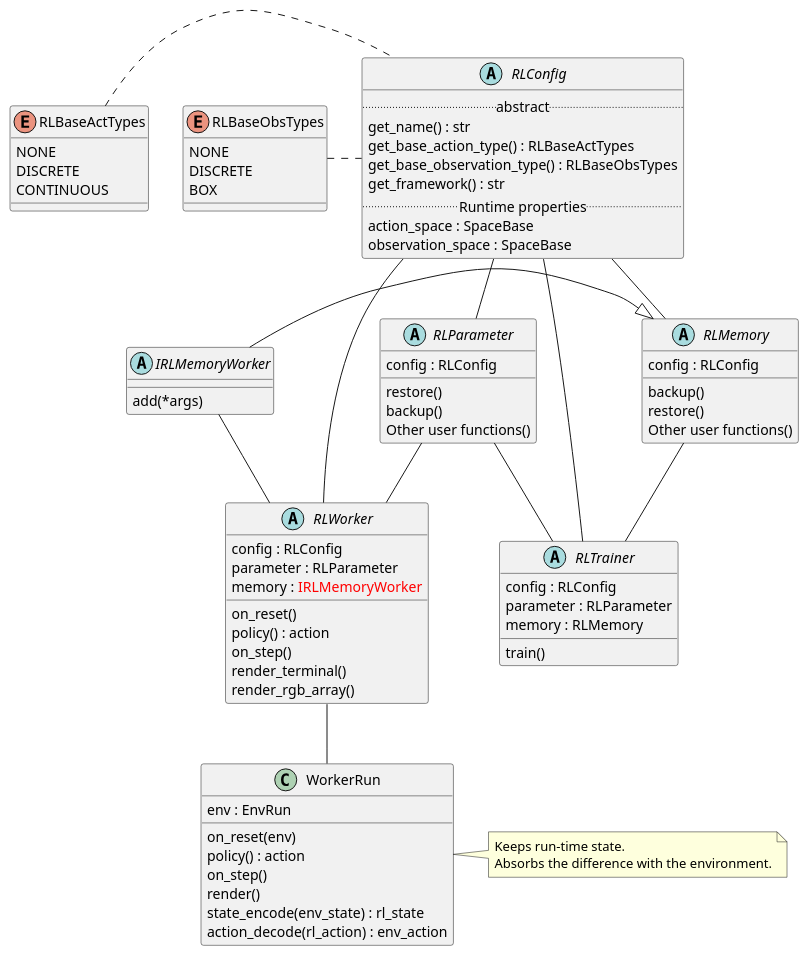
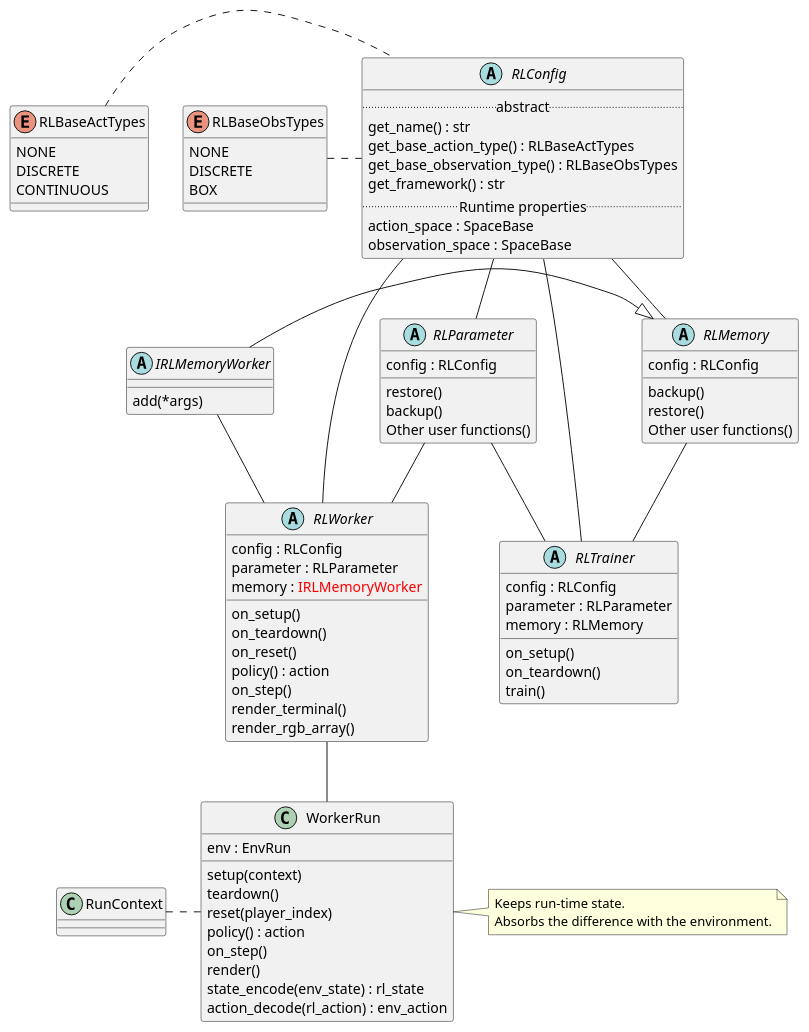
One commit to pocokhc/simple_distributed_rl changed the diagram in diagrams/class_rl.pu. Above: the diagram before and after it, drawn with PlantUML. The commit also changed 12 other files, not shown here.

```diff
--- a/diagrams/class_rl.pu
+++ b/diagrams/class_rl.pu
@@ -1,93 +1,101 @@
 @startuml class_rl
 
 enum RLBaseActTypes {
     NONE
     DISCRETE
     CONTINUOUS
 }
 
 enum RLBaseObsTypes {
     NONE
     DISCRETE
     BOX
 }
 
 abstract RLConfig {
     .. abstract ..
     get_name() : str
     get_base_action_type() : RLBaseActTypes
     get_base_observation_type() : RLBaseObsTypes
     get_framework() : str
     .. Runtime properties ..
     action_space : SpaceBase
     observation_space : SpaceBase
 }
 
 
 abstract IRLMemoryWorker {
     add(*args)
 }
 abstract RLMemory {
     config : RLConfig
     backup()
     restore()
     Other user functions()
 }
 IRLMemoryWorker -|> RLMemory
 
 
 abstract RLParameter {
     config : RLConfig
     restore()
     backup()
     Other user functions()
 }
 
 
 abstract RLTrainer {
     config : RLConfig
     parameter : RLParameter
     memory : RLMemory
+    on_setup()
+    on_teardown()
     train()
 }
 
 
 abstract RLWorker {
     config : RLConfig
     parameter : RLParameter
     memory : <color red>IRLMemoryWorker</color>
+    on_setup()
+    on_teardown()
     on_reset()
     policy() : action
     on_step()
     render_terminal()
     render_rgb_array()
 }
 RLWorker -- WorkerRun
 
 
+class RunContext {}
 class WorkerRun {
     env : EnvRun
-    on_reset(env)
+    setup(context)
+    teardown()
+    reset(player_index)
     policy() : action
     on_step()
     render()
     state_encode(env_state) : rl_state
     action_decode(rl_action) : env_action
 }
 note "Keeps run-time state.\nAbsorbs the difference with the environment." as WorkerRunMemo
 WorkerRun . WorkerRunMemo
+RunContext . WorkerRun
 
 RLBaseActTypes . RLConfig
 RLBaseObsTypes . RLConfig
 
 RLConfig --- RLWorker
 RLConfig --- RLTrainer
 RLConfig -- RLParameter
 RLConfig -- RLMemory
 
 RLParameter -- RLWorker
 RLParameter -- RLTrainer
 IRLMemoryWorker -- RLWorker
 RLMemory -- RLTrainer
 
 @enduml
```
